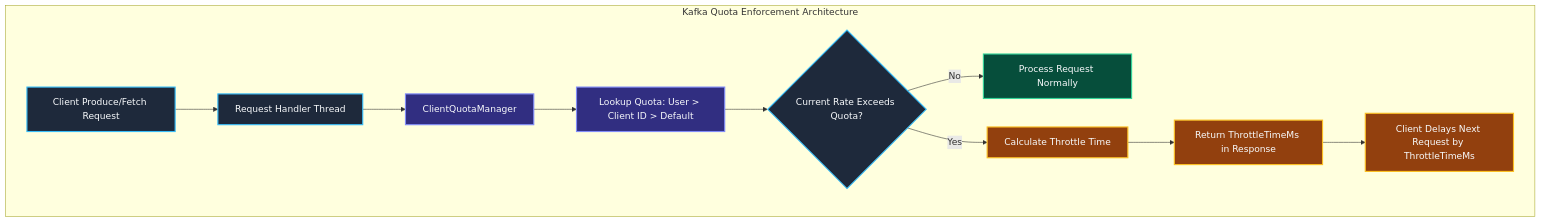
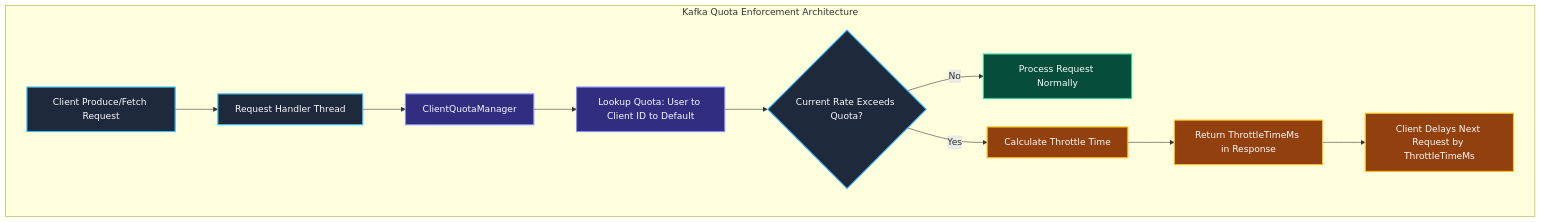
One commit to Chief-Strategist-J/llm-obs-infra changed diagram 31 of 48 in docs/configDoc/kafka-configuration-guide.md. Above: the diagram before and after it, drawn with Mermaid. The commit also changed other lines of this file, not shown here.

Commit message:
fix(docs): resolve all Mermaid diagram syntax and layout rendering issues in kafka configuration guide

````diff
--- a/docs/configDoc/kafka-configuration-guide.md
+++ b/docs/configDoc/kafka-configuration-guide.md
@@ -2439,23 +2455,23 @@
 ```mermaid
 graph TD
     subgraph QuotaArchitecture ["Kafka Quota Enforcement Architecture"]
         ClientReq["Client Produce/Fetch Request"] --> ReqHandler["Request Handler Thread"]
         ReqHandler --> QuotaMgr["ClientQuotaManager"]
-        QuotaMgr --> LookupQuota["Lookup Quota: User > Client ID > Default"]
+        QuotaMgr --> LookupQuota["Lookup Quota: User to Client ID to Default"]
         LookupQuota --> CheckRate{"Current Rate Exceeds Quota?"}
         CheckRate -->|No| ProcessNormal["Process Request Normally"]
         CheckRate -->|Yes| CalcThrottle["Calculate Throttle Time"]
         CalcThrottle --> ThrottleResp["Return ThrottleTimeMs in Response"]
         ThrottleResp --> ClientDelay["Client Delays Next Request by ThrottleTimeMs"]
     end
 
     style ClientReq fill:#1e293b,stroke:#38bdf8,stroke-width:2px,color:#f8fafc
     style ReqHandler fill:#1e293b,stroke:#38bdf8,stroke-width:2px,color:#f8fafc
     style QuotaMgr fill:#312e81,stroke:#818cf8,stroke-width:2px,color:#f8fafc
     style LookupQuota fill:#312e81,stroke:#818cf8,stroke-width:2px,color:#f8fafc
     style CheckRate fill:#1e293b,stroke:#38bdf8,stroke-width:2px,color:#f8fafc
     style ProcessNormal fill:#064e3b,stroke:#34d399,stroke-width:2px,color:#f8fafc
     style CalcThrottle fill:#92400e,stroke:#fbbf24,stroke-width:2px,color:#f8fafc
     style ThrottleResp fill:#92400e,stroke:#fbbf24,stroke-width:2px,color:#f8fafc
     style ClientDelay fill:#92400e,stroke:#fbbf24,stroke-width:2px,color:#f8fafc
 ```
````
